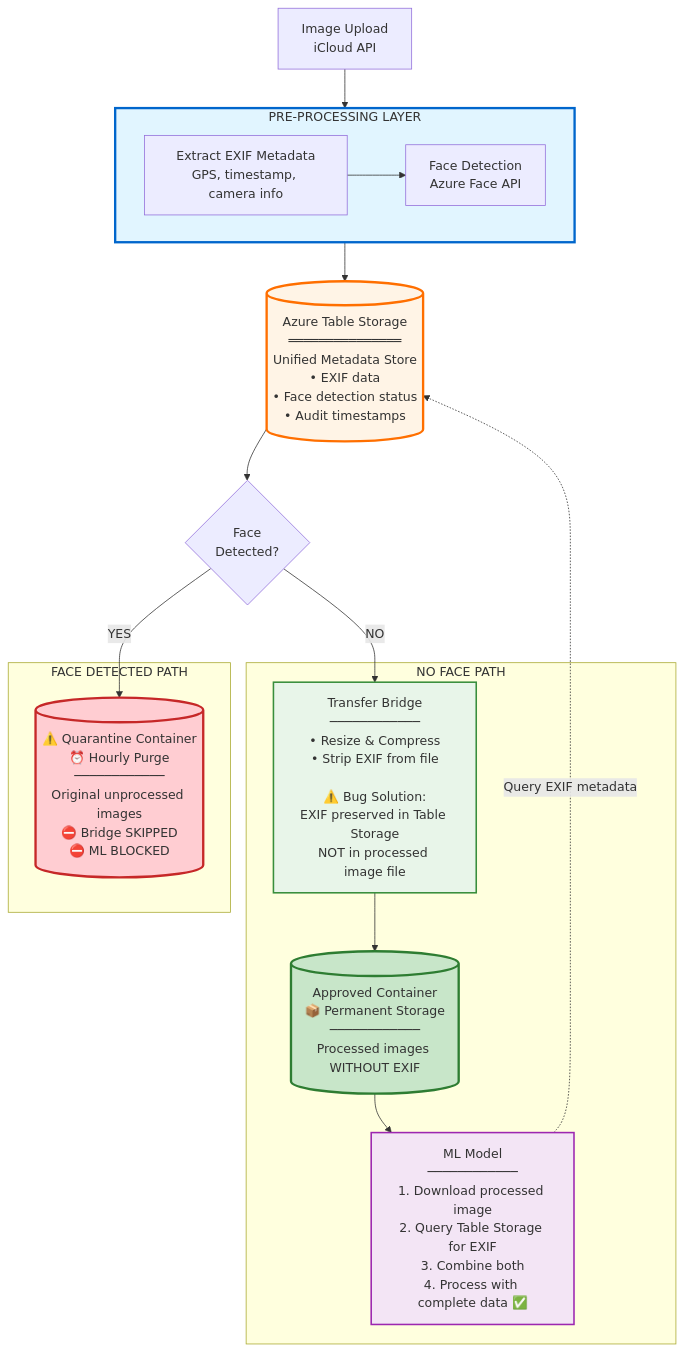
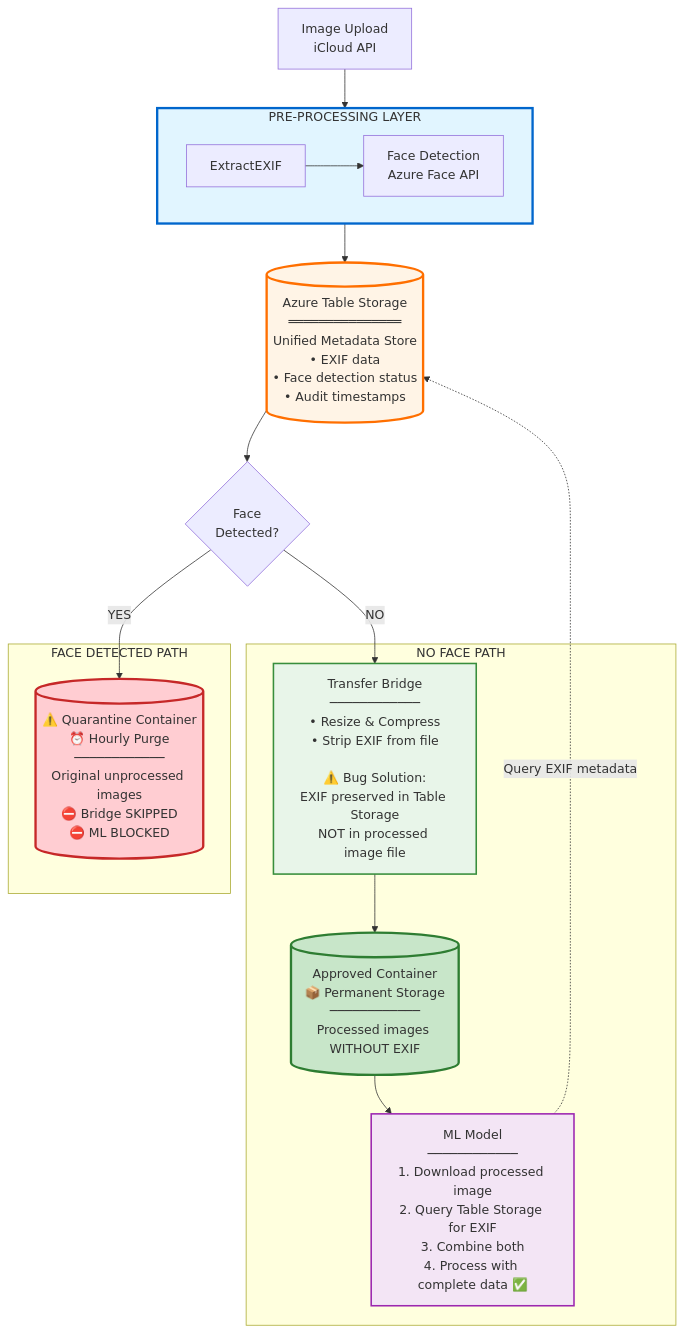
One commit to anandSgunti/cloud changed the diagram in 03. The-Privacy/Solution architecture.md. Above: the diagram before and after it, drawn with Mermaid.

Commit message:
Update Solution architecture.md

````diff
--- a/03. The-Privacy/Solution architecture.md
+++ b/03. The-Privacy/Solution architecture.md
@@ -17,43 +17,42 @@
 ```mermaid
 flowchart TD
     Start[Image Upload<br/>iCloud API]
     
     subgraph PreProcess[PRE-PROCESSING LAYER]
-        ExtractEXIF[Extract EXIF Metadata<br/>GPS, timestamp, camera info]
         FaceDetect[Face Detection<br/>Azure Face API]
         ExtractEXIF --> FaceDetect
     end
     
     TableStorage[(Azure Table Storage<br/>═══════════════<br/>Unified Metadata Store<br/>• EXIF data<br/>• Face detection status<br/>• Audit timestamps)]
     
     Decision{Face<br/>Detected?}
     
     subgraph NoFace[NO FACE PATH]
         Bridge[Transfer Bridge<br/>────────────<br/>• Resize & Compress<br/>• Strip EXIF from file<br/><br/>⚠️ Bug Solution:<br/>EXIF preserved in Table Storage<br/>NOT in processed image file]
         Approved[(Approved Container<br/>📦 Permanent Storage<br/>────────────<br/>Processed images WITHOUT EXIF)]
         ML[ML Model<br/>────────────<br/>1. Download processed image<br/>2. Query Table Storage for EXIF<br/>3. Combine both<br/>4. Process with complete data ✅]
     end
     
     subgraph FacePath[FACE DETECTED PATH]
         Quarantine[(⚠️ Quarantine Container<br/>⏰ Hourly Purge<br/>────────────<br/>Original unprocessed images<br/>⛔ Bridge SKIPPED<br/>⛔ ML BLOCKED)]
     end
     
     Start --> PreProcess
     PreProcess --> TableStorage
     TableStorage --> Decision
     
     Decision -->|NO| Bridge
     Bridge --> Approved
     Approved --> ML
     ML -.Query EXIF metadata.-> TableStorage
     
     Decision -->|YES| Quarantine
     
     
     style PreProcess fill:#e1f5ff,stroke:#0066cc,stroke-width:3px
     style TableStorage fill:#fff4e6,stroke:#ff6f00,stroke-width:3px
     style Bridge fill:#e8f5e9,stroke:#388e3c,stroke-width:2px
     style Approved fill:#c8e6c9,stroke:#2e7d32,stroke-width:3px
     style ML fill:#f3e5f5,stroke:#9c27b0,stroke-width:2px
     style Quarantine fill:#ffcdd2,stroke:#c62828,stroke-width:3px
 ```
````
